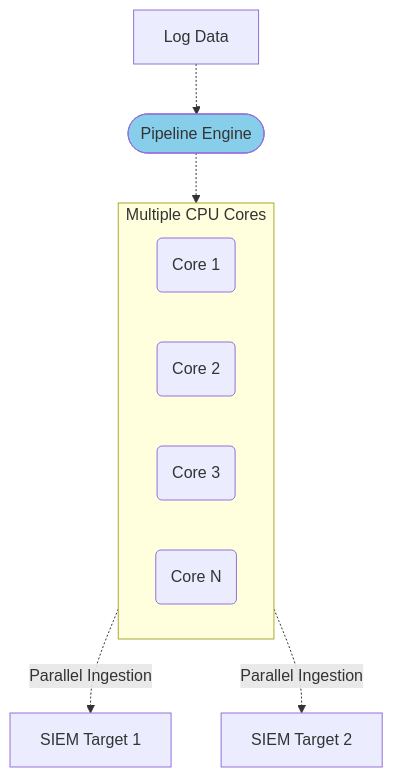
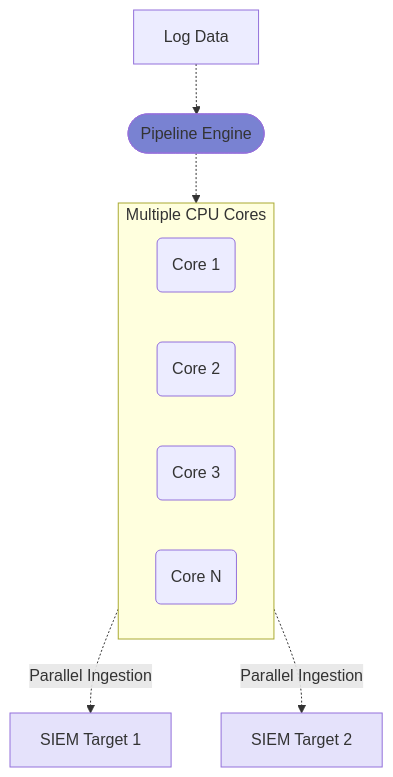
Before and after one commit to VirtualMetric/virtualmetric-docs: the second of 8 diagrams in docs/features.mdx, drawn with Mermaid. The commit also changed other lines of this file and 1 other file, not shown here.

````diff
--- a/docs/features.mdx
+++ b/docs/features.mdx
@@ -70,17 +70,19 @@
 ```mermaid
 graph TD
     subgraph Cores[Multiple CPU Cores]
         C1(Core 1)
         C2(Core 2)
         C3(Core 3)
         C4(Core N)
     end
     
     Data[Log Data] -.-> Pipeline([Pipeline Engine])
     Pipeline -.-> Cores
     
     Cores -.-> |Parallel Ingestion| SIEM1[SIEM Target 1]
     Cores -.-> |Parallel Ingestion| SIEM2[SIEM Target 2]
     
-    style Pipeline fill:#87CEEB
+    style Pipeline fill:#7982D2
+    style SIEM1 fill:#E5E2FB
+    style SIEM2 fill:#E5E2FB
 ```
````
